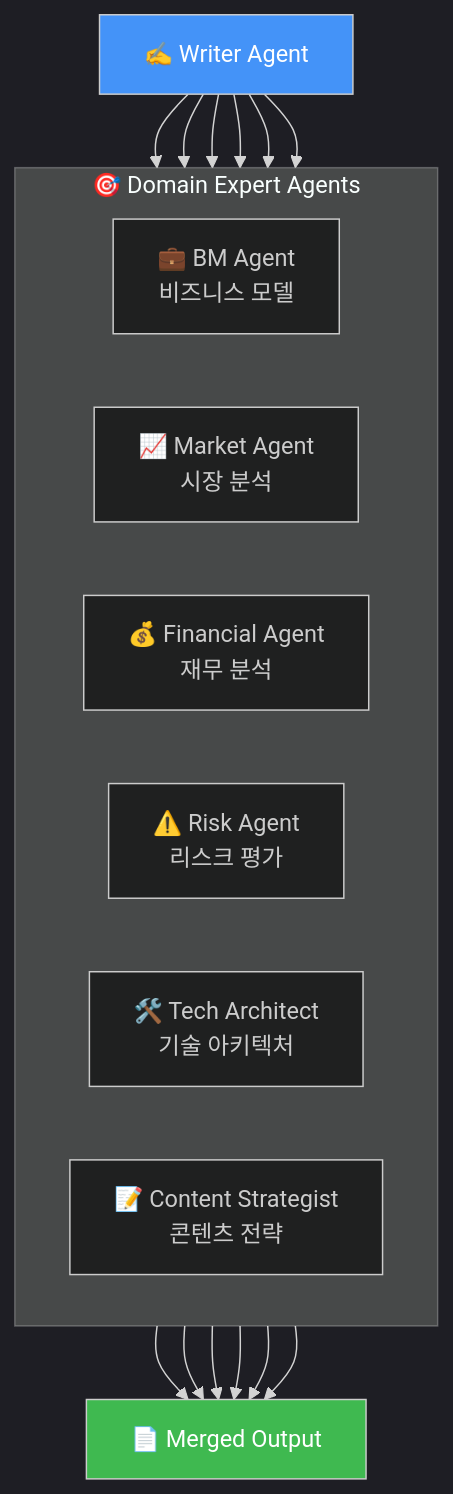
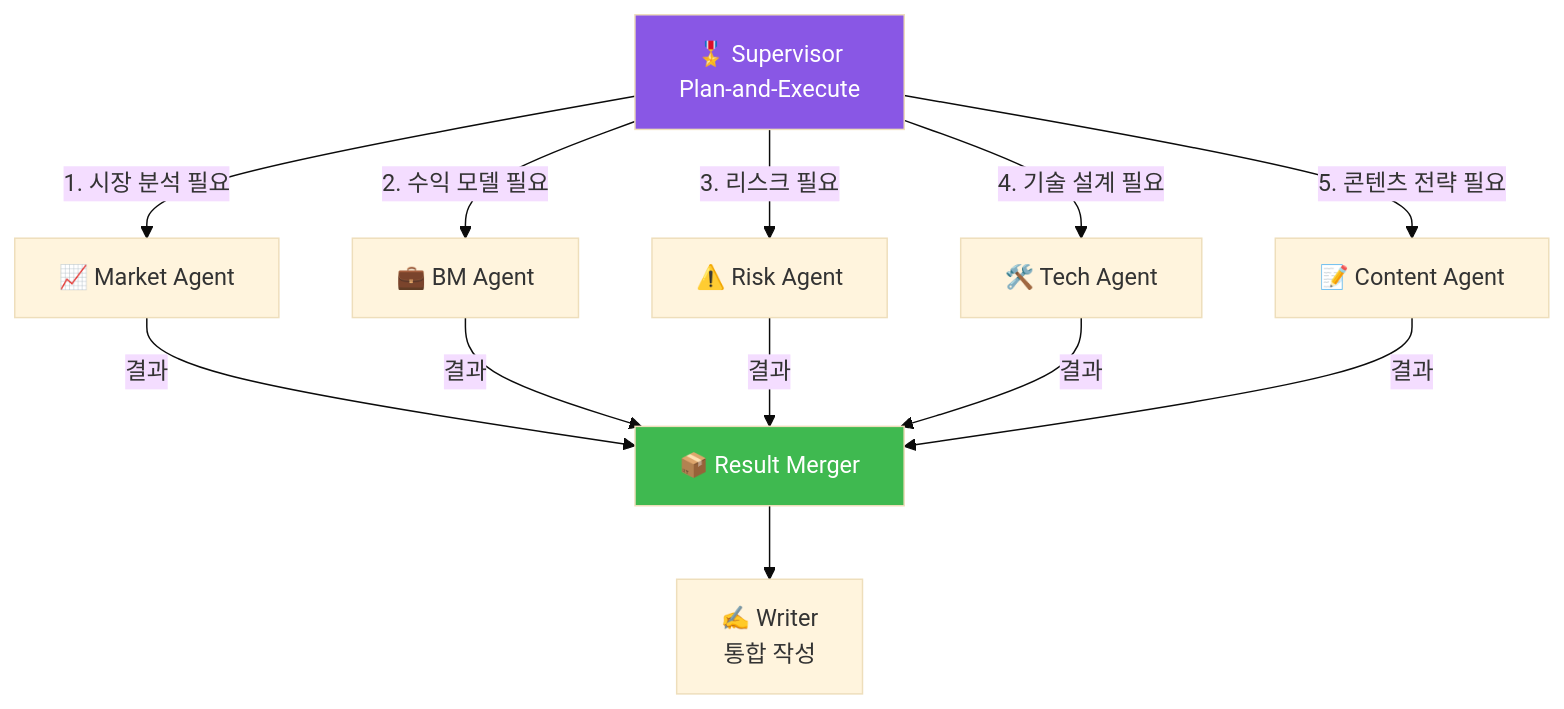
One commit to skyasu2/multi-agent-python changed the fourth of 9 diagrams in docs/MULTI_AGENT_DIAGRAM.md. Above: the diagram before and after it, drawn with Mermaid. The commit also changed other lines of this file, not shown here.

Commit message:
docs: add comprehensive multi-agent architecture diagrams with service flow

````diff
--- a/docs/MULTI_AGENT_DIAGRAM.md
+++ b/docs/MULTI_AGENT_DIAGRAM.md
@@ -180,33 +169,23 @@
 ```mermaid
-%%{init: {'theme': 'dark'}}%%
+%%{init: {'theme': 'base'}}%%
 
 graph TB
-    subgraph Specialists["🎯 Domain Expert Agents"]
-        direction LR
-        BM[💼 BM Agent<br/>비즈니스 모델]
-        MARKET[📈 Market Agent<br/>시장 분석]
-        FINANCE[💰 Financial Agent<br/>재무 분석]
-        RISK[⚠️ Risk Agent<br/>리스크 평가]
-        TECH[🛠️ Tech Architect<br/>기술 아키텍처]
-        CONTENT[📝 Content Strategist<br/>콘텐츠 전략]
-    end
+    SUPERVISOR[🎖️ Supervisor<br/>Plan-and-Execute]
     
-    WRITER[✍️ Writer Agent]
+    SUPERVISOR -->|"1. 시장 분석 필요"| MARKET[📈 Market Agent]
+    SUPERVISOR -->|"2. 수익 모델 필요"| BM[💼 BM Agent]
+    SUPERVISOR -->|"3. 리스크 필요"| RISK[⚠️ Risk Agent]
+    SUPERVISOR -->|"4. 기술 설계 필요"| TECH[🛠️ Tech Agent]
+    SUPERVISOR -->|"5. 콘텐츠 전략 필요"| CONTENT[📝 Content Agent]
     
-    WRITER --> BM
-    WRITER --> MARKET
-    WRITER --> FINANCE
-    WRITER --> RISK
-    WRITER --> TECH
-    WRITER --> CONTENT
+    MARKET -->|결과| MERGE[📦 Result Merger]
+    BM -->|결과| MERGE
+    RISK -->|결과| MERGE
+    TECH -->|결과| MERGE
+    CONTENT -->|결과| MERGE
     
-    BM --> OUTPUT[📄 Merged Output]
-    MARKET --> OUTPUT
-    FINANCE --> OUTPUT
-    RISK --> OUTPUT
-    TECH --> OUTPUT
-    CONTENT --> OUTPUT
+    MERGE --> WRITER[✍️ Writer<br/>통합 작성]
     
-    style WRITER fill:#4493f8,color:#fff
-    style OUTPUT fill:#3fb950,color:#fff
+    style SUPERVISOR fill:#8957e5,color:#fff
+    style MERGE fill:#3fb950,color:#fff
 ```
````
